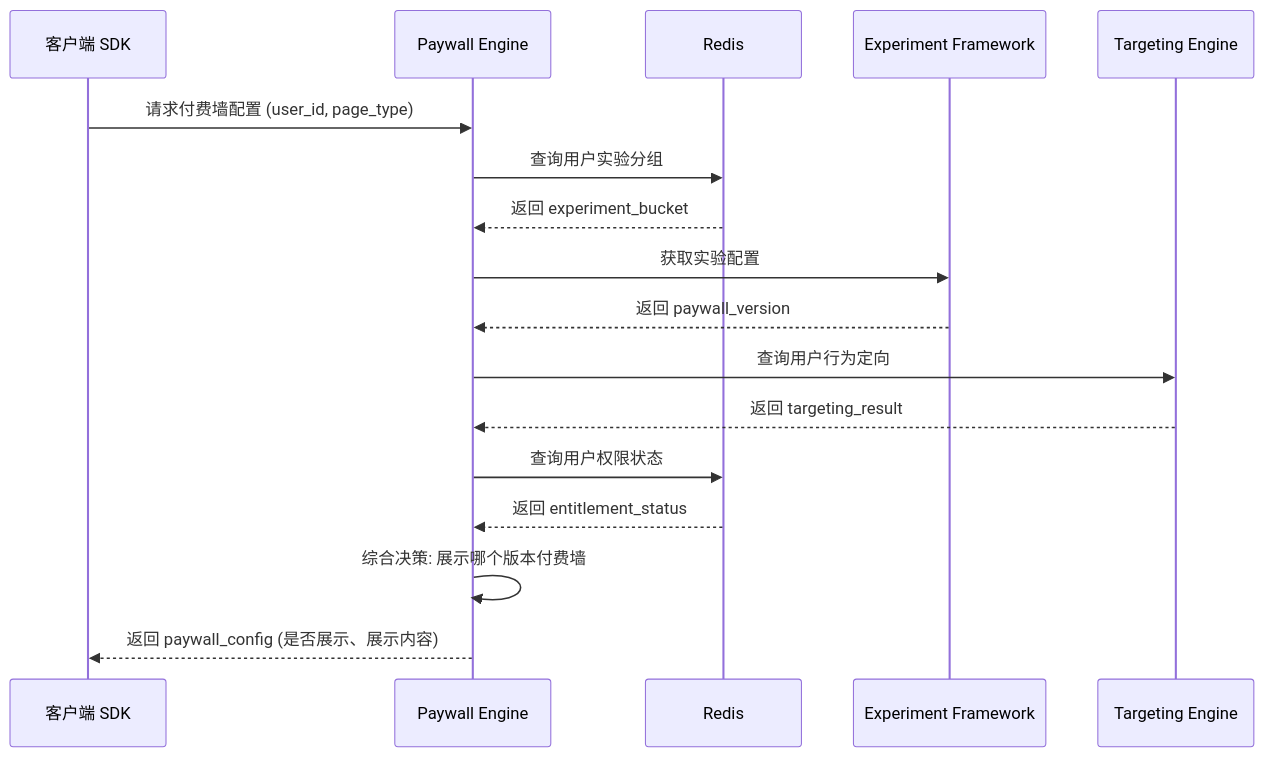
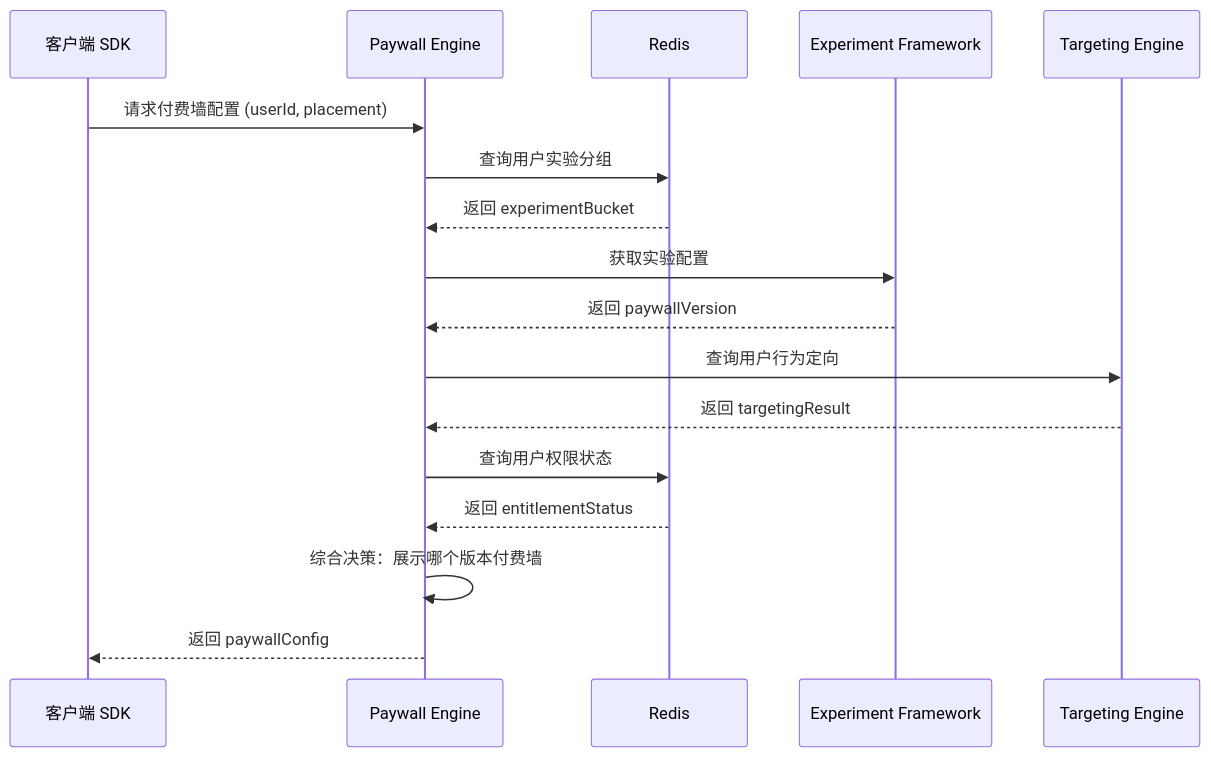
Before and after one commit to HiCooper/star-river: the seventh of 8 diagrams in docs-site/dev/wall/service-architecture.md, drawn with Mermaid. The commit also changed other lines of this file and 13 other files, not shown here.

````diff
--- a/docs-site/dev/wall/service-architecture.md
+++ b/docs-site/dev/wall/service-architecture.md
@@ -118,25 +333,25 @@
 ```mermaid
 sequenceDiagram
     participant Client as 客户端 SDK
     participant Engine as Paywall Engine
     participant Redis as Redis
     participant Experiment as Experiment Framework
     participant Targeting as Targeting Engine
 
-    Client->>Engine: 请求付费墙配置 (user_id, page_type)
+    Client->>Engine: 请求付费墙配置 (userId, placement)
     Engine->>Redis: 查询用户实验分组
-    Redis-->>Engine: 返回 experiment_bucket
+    Redis-->>Engine: 返回 experimentBucket
 
     Engine->>Experiment: 获取实验配置
-    Experiment-->>Engine: 返回 paywall_version
+    Experiment-->>Engine: 返回 paywallVersion
 
     Engine->>Targeting: 查询用户行为定向
-    Targeting-->>Engine: 返回 targeting_result
+    Targeting-->>Engine: 返回 targetingResult
 
     Engine->>Redis: 查询用户权限状态
-    Redis-->>Engine: 返回 entitlement_status
+    Redis-->>Engine: 返回 entitlementStatus
 
-    Engine->>Engine: 综合决策: 展示哪个版本付费墙
+    Engine->>Engine: 综合决策：展示哪个版本付费墙
 
-    Engine-->>Client: 返回 paywall_config (是否展示、展示内容)
+    Engine-->>Client: 返回 paywallConfig
 ```
````
